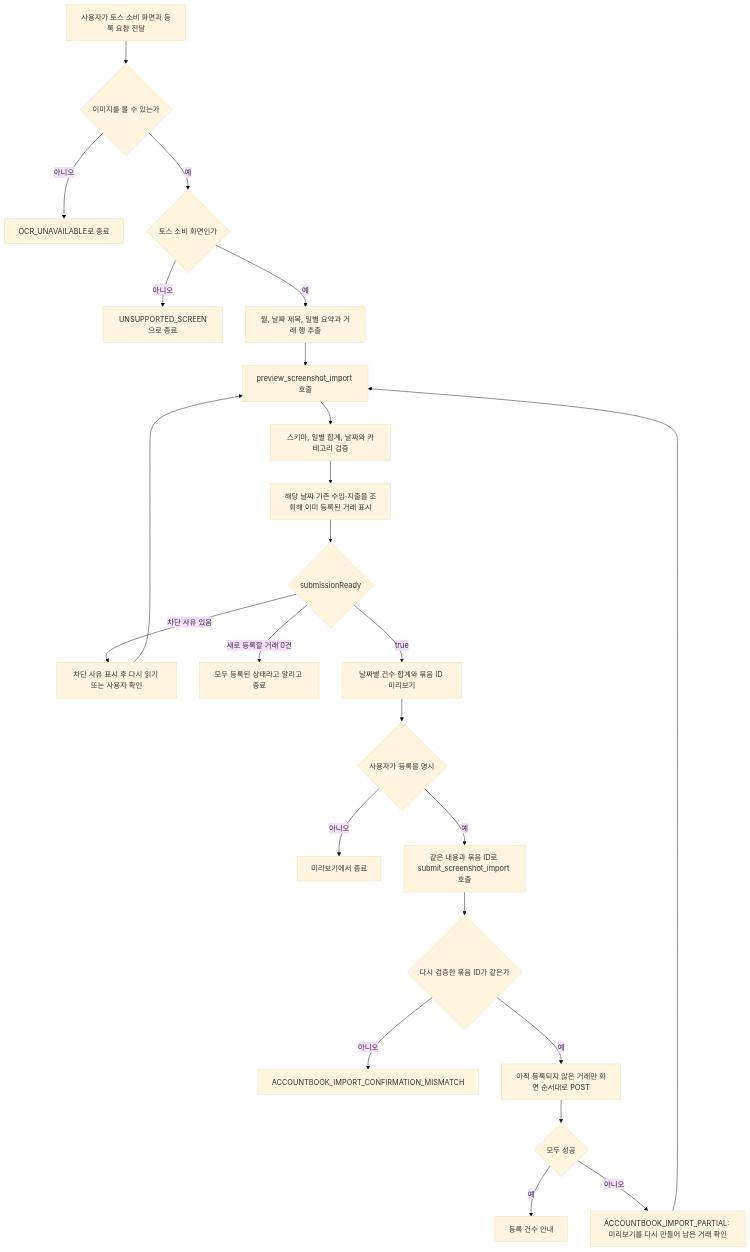
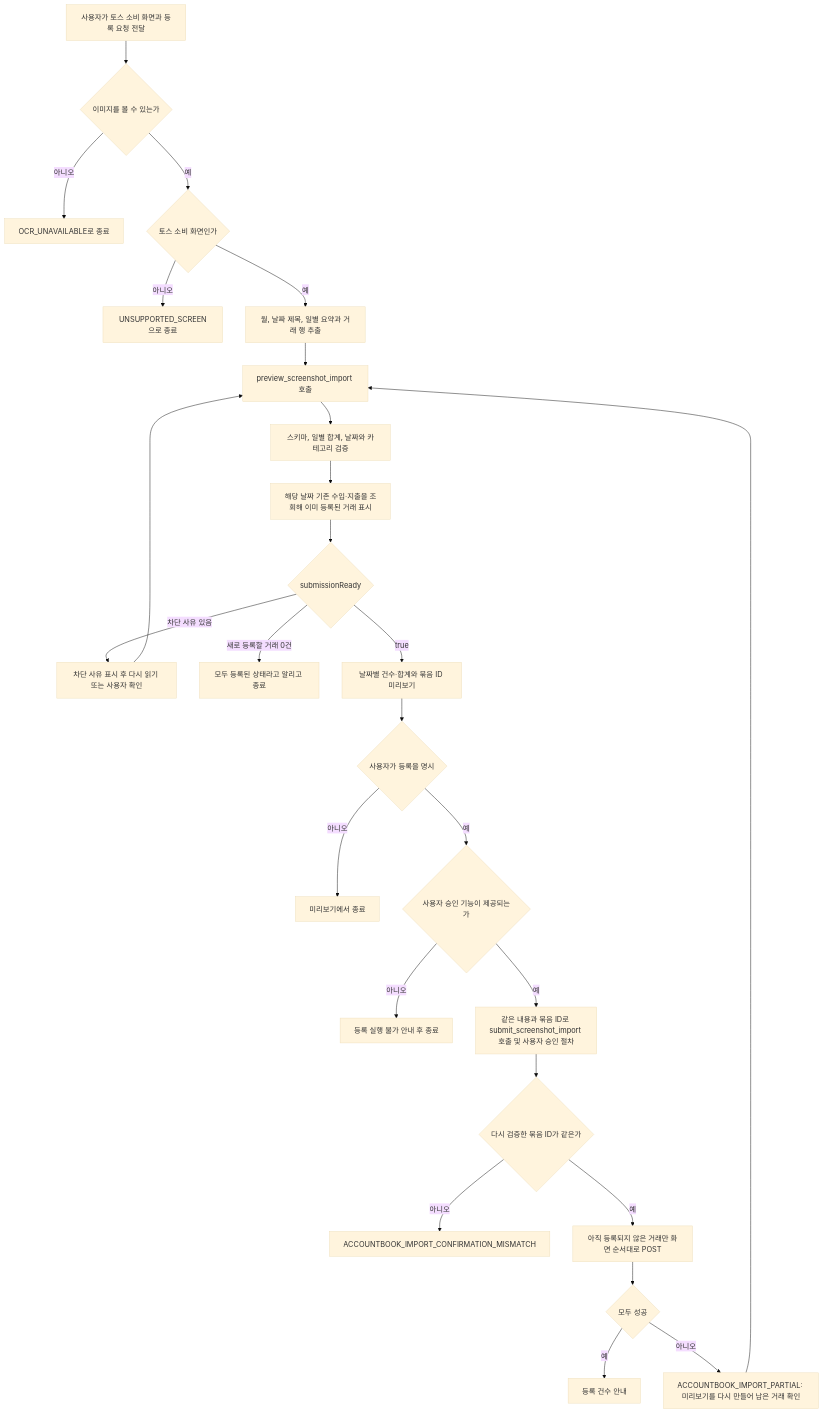
One commit to jon890/fos-agents changed the first of 2 diagrams in accountbook/docs/flow.md. Above: the diagram before and after it, drawn with Mermaid (base theme). The commit also changed other lines of this file and 6 other files, not shown here.

````diff
--- a/accountbook/docs/flow.md
+++ b/accountbook/docs/flow.md
@@ -5,26 +5,28 @@
 ```mermaid
 flowchart TD
   A[사용자가 토스 소비 화면과 등록 요청 전달] --> B{이미지를 볼 수 있는가}
   B -->|아니오| C[OCR_UNAVAILABLE로 종료]
   B -->|예| D{토스 소비 화면인가}
   D -->|아니오| E[UNSUPPORTED_SCREEN으로 종료]
   D -->|예| F[월, 날짜 제목, 일별 요약과 거래 행 추출]
   F --> G[preview_screenshot_import 호출]
   G --> H[스키마, 일별 합계, 날짜와 카테고리 검증]
   H --> I[해당 날짜 기존 수입·지출을 조회해 이미 등록된 거래 표시]
   I --> J{submissionReady}
   J -->|차단 사유 있음| K[차단 사유 표시 후 다시 읽기 또는 사용자 확인]
   K --> G
   J -->|새로 등록할 거래 0건| V[모두 등록된 상태라고 알리고 종료]
   J -->|true| L[날짜별 건수·합계와 묶음 ID 미리보기]
   L --> M{사용자가 등록을 명시}
   M -->|아니오| N[미리보기에서 종료]
-  M -->|예| O[같은 내용과 묶음 ID로 submit_screenshot_import 호출]
+  M -->|예| W{사용자 승인 기능이 제공되는가}
+  W -->|아니오| X[등록 실행 불가 안내 후 종료]
+  W -->|예| O[같은 내용과 묶음 ID로 submit_screenshot_import 호출 및 사용자 승인 절차]
   O --> P{다시 검증한 묶음 ID가 같은가}
   P -->|아니오| Q[ACCOUNTBOOK_IMPORT_CONFIRMATION_MISMATCH]
   P -->|예| R[아직 등록되지 않은 거래만 화면 순서대로 POST]
   R --> S{모두 성공}
   S -->|예| T[등록 건수 안내]
   S -->|아니오| U[ACCOUNTBOOK_IMPORT_PARTIAL: 미리보기를 다시 만들어 남은 거래 확인]
   U --> G
 ```
````
